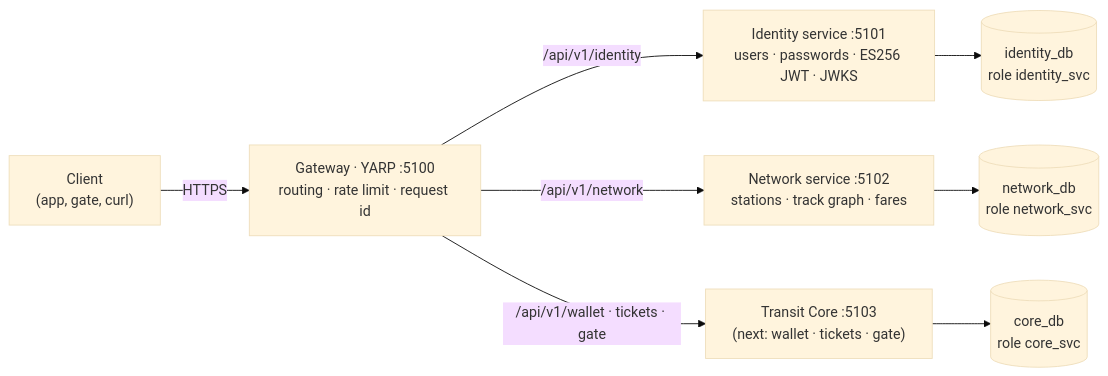
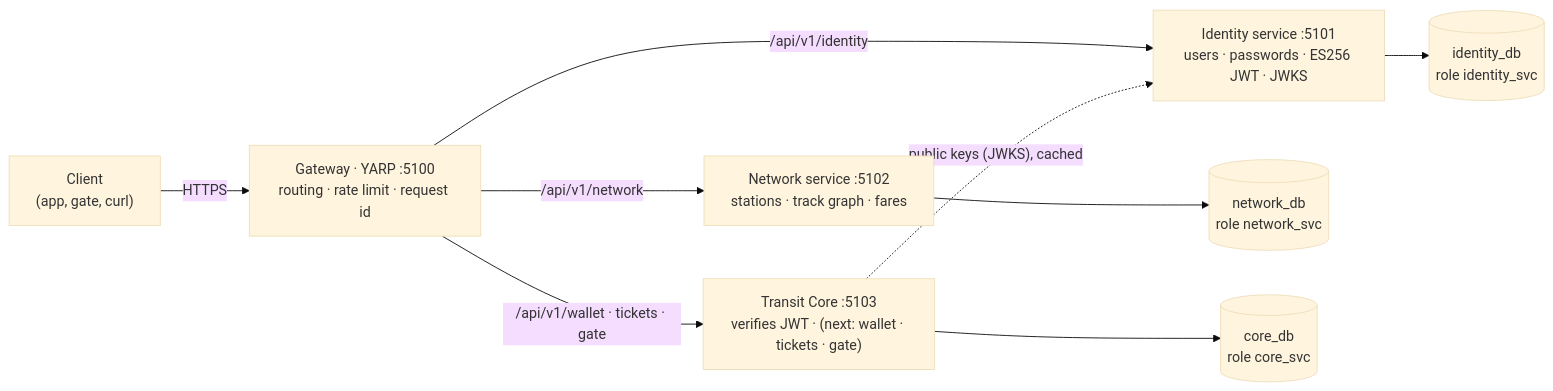
One commit to istiak133/transit-pass changed the first of 2 diagrams in README.md. Above: the diagram before and after it, drawn with Mermaid (base theme). The commit also changed other lines of this file and 25 other files, not shown here.

First line of the commit message:
feat(core): protected endpoint verifying Identity's JWT (#12)

````diff
--- a/README.md
+++ b/README.md
@@ -80,10 +87,11 @@
 ```mermaid
 flowchart LR
     C["Client<br/>(app, gate, curl)"] -->|HTTPS| G["Gateway · YARP :5100<br/>routing · rate limit · request id"]
     G -->|/api/v1/identity| I["Identity service :5101<br/>users · passwords · ES256 JWT · JWKS"]
     G -->|/api/v1/network| N["Network service :5102<br/>stations · track graph · fares"]
-    G -->|/api/v1/wallet · tickets · gate| T["Transit Core :5103<br/>(next: wallet · tickets · gate)"]
+    G -->|/api/v1/wallet · tickets · gate| T["Transit Core :5103<br/>verifies JWT · (next: wallet · tickets · gate)"]
+    T -. "public keys (JWKS), cached" .-> I
     I --> IDB[("identity_db<br/>role identity_svc")]
     N --> NDB[("network_db<br/>role network_svc")]
     T --> CDB[("core_db<br/>role core_svc")]
 ```
````
